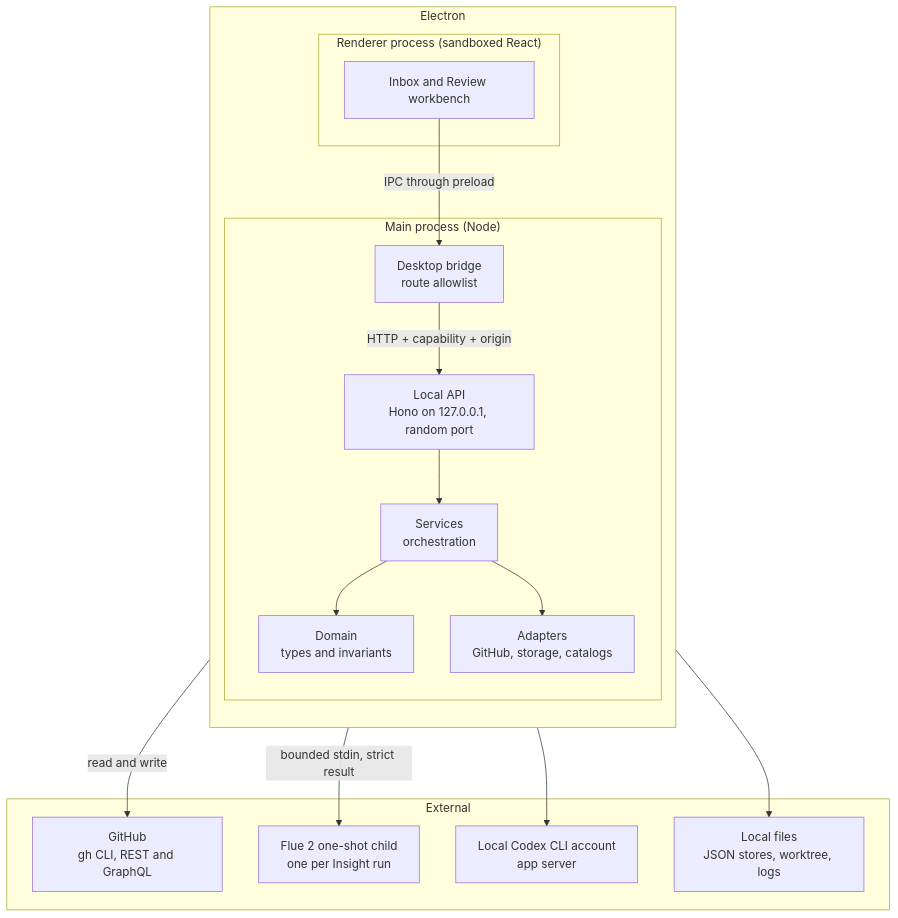
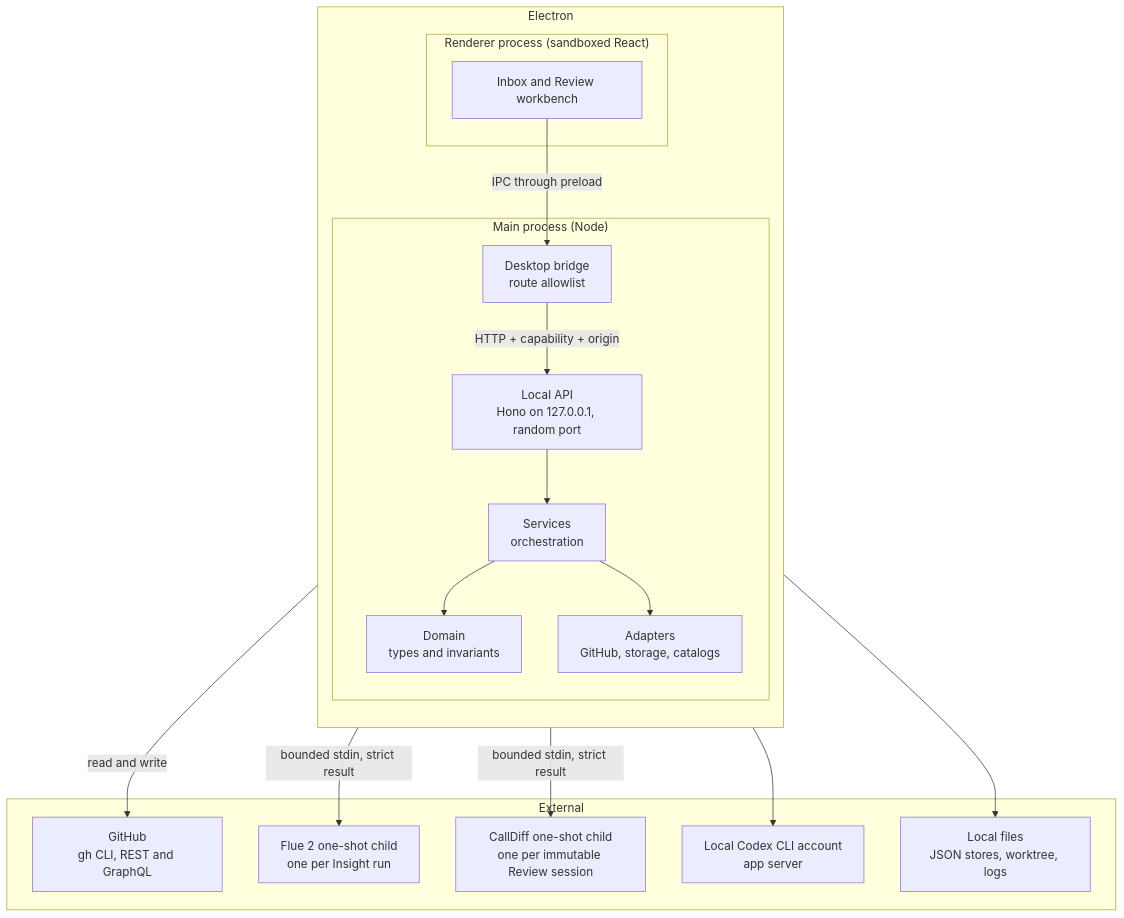
The diagram in docs/architecture.md (kwanpham2195/patchdesk), drawn with Mermaid before and after one commit. The commit also changed other lines of this file and 33 other files, not shown here.

Commit message:
feat(review): add call flow analysis and terminal merge states

````diff
--- a/docs/architecture.md
+++ b/docs/architecture.md
@@ -19,31 +19,33 @@
 ```mermaid
 flowchart TB
     subgraph Electron
         direction TB
         subgraph Renderer["Renderer process (sandboxed React)"]
             UI["Inbox and Review workbench"]
         end
         subgraph Main["Main process (Node)"]
             Bridge["Desktop bridge<br/>route allowlist"]
             API["Local API<br/>Hono on 127.0.0.1, random port"]
             Services["Services<br/>orchestration"]
             Domain["Domain<br/>types and invariants"]
             Adapters["Adapters<br/>GitHub, storage, catalogs"]
         end
     end
     subgraph External["External"]
         GitHub["GitHub<br/>gh CLI, REST and GraphQL"]
         Flue["Flue 2 one-shot child<br/>one per Insight run"]
+        CallDiff["CallDiff one-shot child<br/>one per immutable Review session"]
         Codex["Local Codex CLI account<br/>app server"]
         Files["Local files<br/>JSON stores, worktree, logs"]
     end
     UI -- "IPC through preload" --> Bridge
     Bridge -- "HTTP + capability + origin" --> API
     API --> Services
     Services --> Domain
     Services --> Adapters
     Adapters -- "read and write" --> GitHub
     Adapters --> Files
     Services -- "bounded stdin, strict result" --> Flue
+    Services -- "bounded stdin, strict result" --> CallDiff
     Services --> Codex
 ```
````
